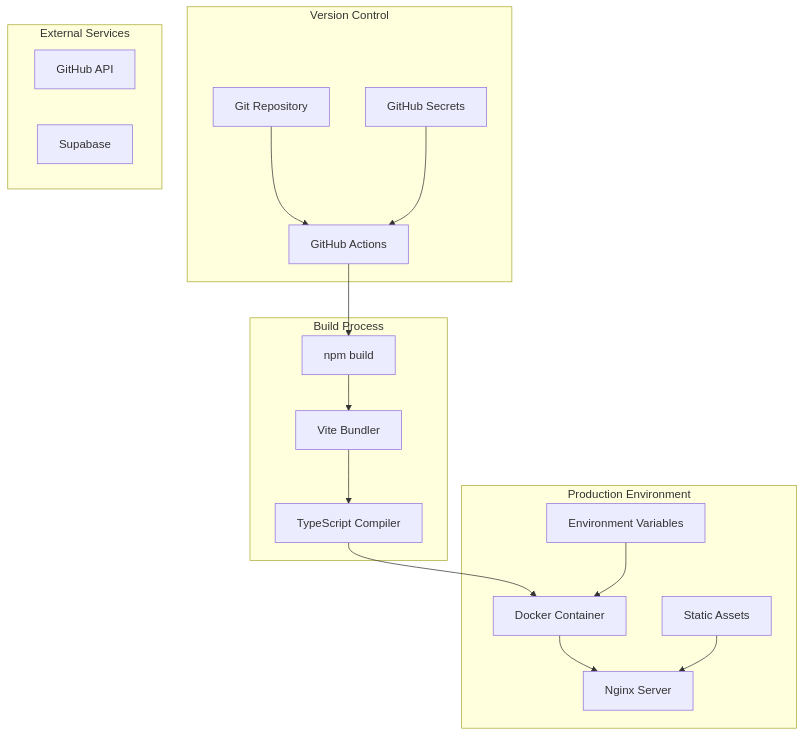
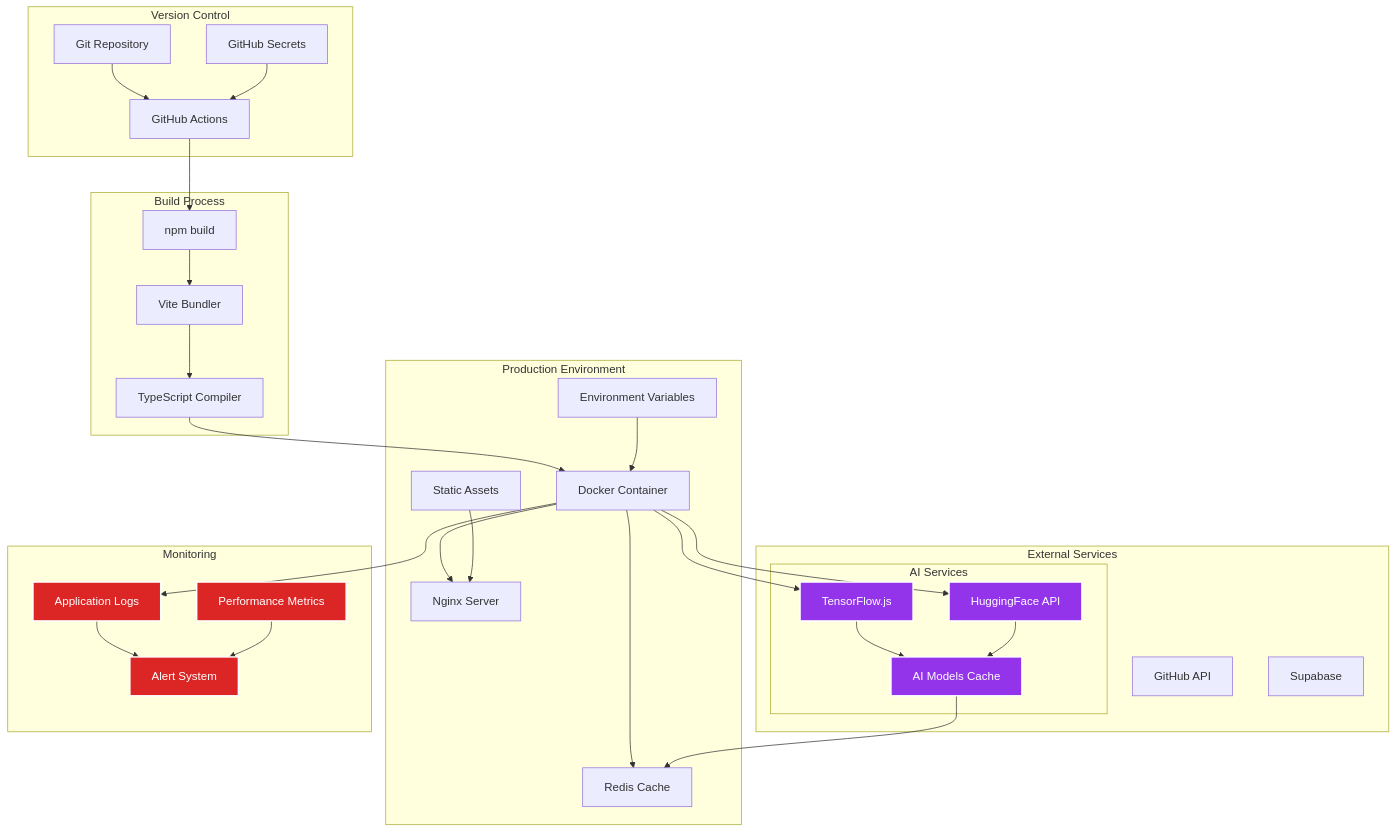
Before and after one commit to nathan-myers/Maverick-AI: the third of 4 diagrams in README.md, drawn with Mermaid. The commit also changed other lines of this file, not shown here.

````diff
--- a/README.md
+++ b/README.md
@@ -160,40 +214,69 @@
 ```mermaid
 graph TB
     subgraph "Production Environment"
         NGINX[Nginx Server]
         DOCKER[Docker Container]
         ENV[Environment Variables]
         STATIC[Static Assets]
+        CACHE[Redis Cache]
     end
 
     subgraph "Build Process"
         NPM[npm build]
         VITE[Vite Bundler]
         TS[TypeScript Compiler]
     end
 
     subgraph "Version Control"
         GIT[Git Repository]
         GHA[GitHub Actions]
         SECRETS[GitHub Secrets]
     end
 
     subgraph "External Services"
         GITHUB[GitHub API]
         SUPABASE[Supabase]
+        subgraph "AI Services"
+            TF[TensorFlow.js]
+            HF[HuggingFace API]
+            MODELS[AI Models Cache]
+        end
+    end
+
+    subgraph "Monitoring"
+        LOGS[Application Logs]
+        METRICS[Performance Metrics]
+        ALERTS[Alert System]
     end
 
     GIT --> GHA
     SECRETS --> GHA
     GHA --> NPM
     NPM --> VITE
     VITE --> TS
     TS --> DOCKER
     DOCKER --> NGINX
     ENV --> DOCKER
     STATIC --> NGINX
     
+    DOCKER --> TF
+    DOCKER --> HF
+    TF --> MODELS
+    HF --> MODELS
+    
+    DOCKER --> CACHE
+    MODELS --> CACHE
+    
+    DOCKER --> LOGS
+    LOGS --> ALERTS
+    METRICS --> ALERTS
+    
     classDef primary fill:#2563eb,stroke:#fff,stroke-width:2px,color:#fff
     classDef secondary fill:#4b5563,stroke:#fff,stroke-width:2px,color:#fff
     classDef external fill:#059669,stroke:#fff,stroke-width:2px,color:#fff
+    classDef ai fill:#9333ea,stroke:#fff,stroke-width:2px,color:#fff
+    classDef monitoring fill:#dc2626,stroke:#fff,stroke-width:2px,color:#fff
+
+    class TF,HF,MODELS ai
+    class LOGS,METRICS,ALERTS monitoring
 ```
````
